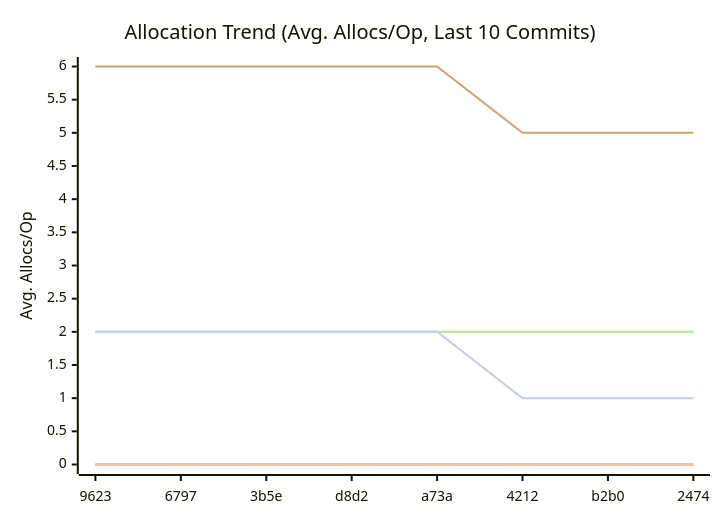
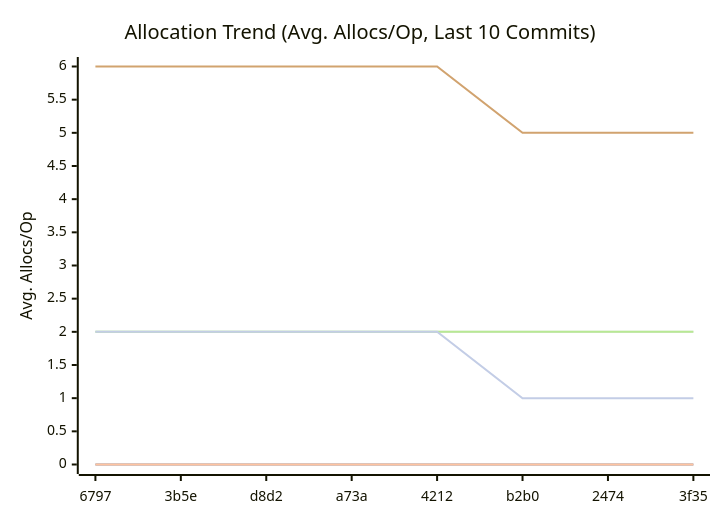
One commit to alsotoes/momo changed the third of 3 diagrams in docs/README.md. Above: the diagram before and after it, drawn with Mermaid. The commit also changed other lines of this file and 1 other file, not shown here.

````diff
--- a/docs/README.md
+++ b/docs/README.md
@@ -170,14 +170,14 @@
 ```mermaid
 xychart-beta
     title "Allocation Trend (Avg. Allocs/Op, Last 10 Commits)"
     x-axis "Commit"
     y-axis "Avg. Allocs/Op"
-    x-axis [9623,6797,3b5e,d8d2,a73a,4212,b2b0,2474]
+    x-axis [6797,3b5e,d8d2,a73a,4212,b2b0,2474,3f35]
     line "CheckMetricsAndSwap" [0,0,0,0,0,0,0,0,0,0]
     line "IndexDirectTracking" [0,0,0,0,0,0,0,0,0,0]
     line "IndexSearch" [0,0,0,0,0,0,0,0,0,0]
     line "LoadGlobalConfig" [2,2,2,2,2,2,2,2,2,2]
     line "PadString" [2,2,2,2,2,2,2,2,2,2]
     line "ParseReplicationOrder_NoPrealloc" [6,6,6,6,6,5,5,5,5,5]
     line "ParseReplicationOrder_Prealloc" [2,2,2,2,2,1,1,1,1,1]
 ```
````
